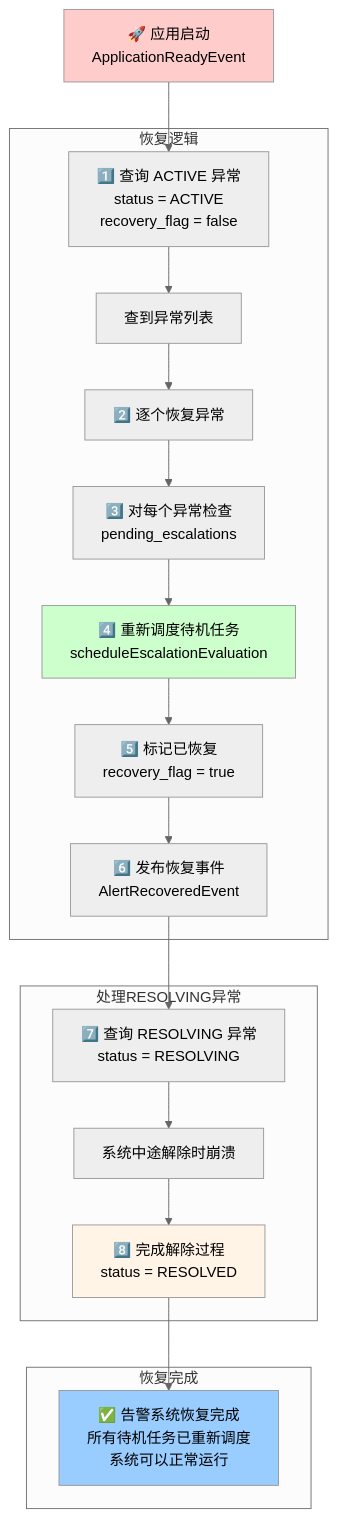
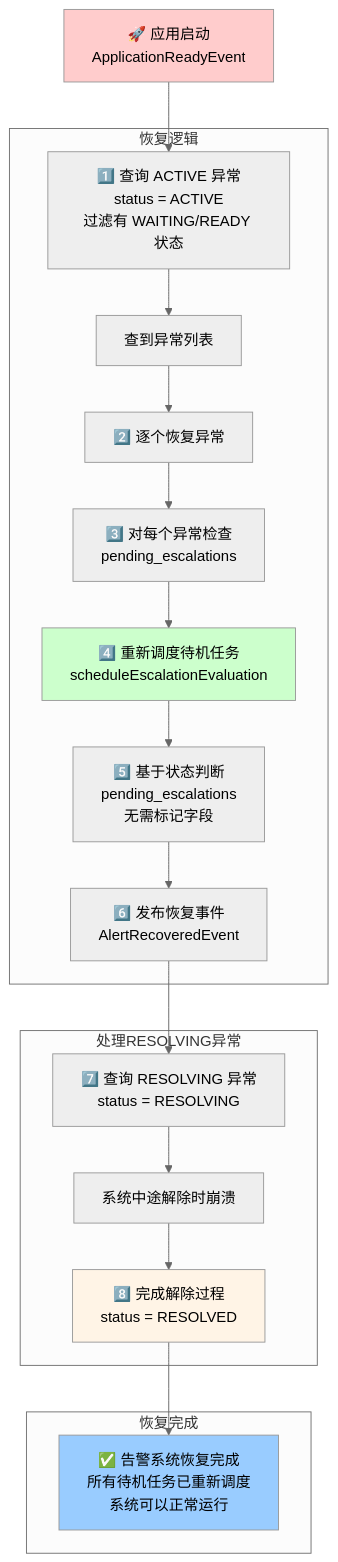
Before and after one commit to ttkkxfkl/job-design: the tenth of 11 diagrams in ALERT_DATA_FLOW.md, drawn with Mermaid (neutral theme). The commit also changed other lines of this file and 7 other files, not shown here.

````diff
--- a/ALERT_DATA_FLOW.md
+++ b/ALERT_DATA_FLOW.md
@@ -459,41 +473,41 @@
 ```mermaid
 graph TD
     START["🚀 应用启动<br/>ApplicationReadyEvent"]
     
     subgraph "恢复逻辑"
-        R1["1️⃣ 查询 ACTIVE 异常<br/>status = ACTIVE<br/>recovery_flag = false"]
+        R1["1️⃣ 查询 ACTIVE 异常<br/>status = ACTIVE<br/>过滤有 WAITING/READY 状态"]
         R2["查到异常列表"]
         R3["2️⃣ 逐个恢复异常"]
         R4["3️⃣ 对每个异常检查<br/>pending_escalations"]
         R5["4️⃣ 重新调度待机任务<br/>scheduleEscalationEvaluation"]
-        R6["5️⃣ 标记已恢复<br/>recovery_flag = true"]
+        R6["5️⃣ 基于状态判断<br/>pending_escalations<br/>无需标记字段"]
         R7["6️⃣ 发布恢复事件<br/>AlertRecoveredEvent"]
     end
 
     subgraph "处理RESOLVING异常"
         RS1["7️⃣ 查询 RESOLVING 异常<br/>status = RESOLVING"]
         RS2["系统中途解除时崩溃"]
         RS3["8️⃣ 完成解除过程<br/>status = RESOLVED"]
     end
 
     subgraph "恢复完成"
         END["✅ 告警系统恢复完成<br/>所有待机任务已重新调度<br/>系统可以正常运行"]
     end
 
     START --> R1
     R1 --> R2
     R2 --> R3
     R3 --> R4
     R4 --> R5
     R5 --> R6
     R6 --> R7
     R7 --> RS1
     RS1 --> RS2
     RS2 --> RS3
     RS3 --> END
 
     style START fill:#ffcccc
     style R5 fill:#ccffcc
     style RS3 fill:#fff4e6
     style END fill:#99ccff
 ```
````
